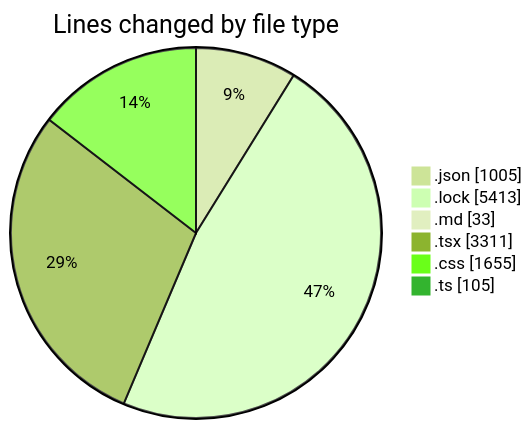
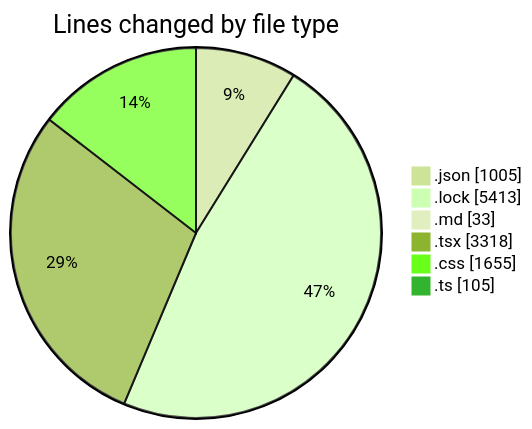
The first of 2 diagrams in 2025-08-11/ribbon/README.md (EIIisD/code-tracking), drawn with Mermaid (forest theme) before and after one commit. The commit also changed other lines of this file and 1 other file, not shown here.

````diff
--- a/2025-08-11/ribbon/README.md
+++ b/2025-08-11/ribbon/README.md
@@ -45,10 +45,10 @@
 ```mermaid
 pie showData
 title Lines changed by file type
 ".json" : 1005
 ".lock" : 5413
 ".md" : 33
-".tsx" : 3311
+".tsx" : 3318
 ".css" : 1655
 ".ts" : 105
 ```
````
